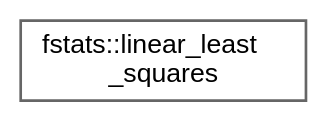
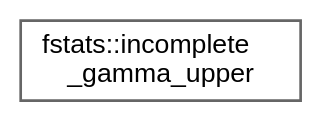
One commit to jchristopherson/fstats changed the diagram in inherit_graph_17.dot. Above: the diagram before and after it, drawn with Graphviz. The commit also changed 163 other files, not shown here.

```diff
--- a/inherit_graph_17.dot
+++ b/inherit_graph_17.dot
@@ -1,9 +1,9 @@
 digraph "Graphical Class Hierarchy"
 {
  // LATEX_PDF_SIZE
   bgcolor="transparent";
   edge [fontname=Helvetica,fontsize=10,labelfontname=Helvetica,labelfontsize=10];
   node [fontname=Helvetica,fontsize=10,shape=box,height=0.2,width=0.4];
   rankdir="LR";
-  Node0 [label="fstats::linear_least\l_squares",height=0.2,width=0.4,color="grey40", fillcolor="white", style="filled",URL="$interfacefstats_1_1linear__least__squares.html",tooltip="Computes a linear least-squares regression to fit a set of data."];
+  Node0 [label="fstats::incomplete\l_gamma_upper",height=0.2,width=0.4,color="grey40", fillcolor="white", style="filled",URL="$interfacefstats_1_1incomplete__gamma__upper.html",tooltip="Computes the \"upper\" incomplete gamma function ."];
 }
```
